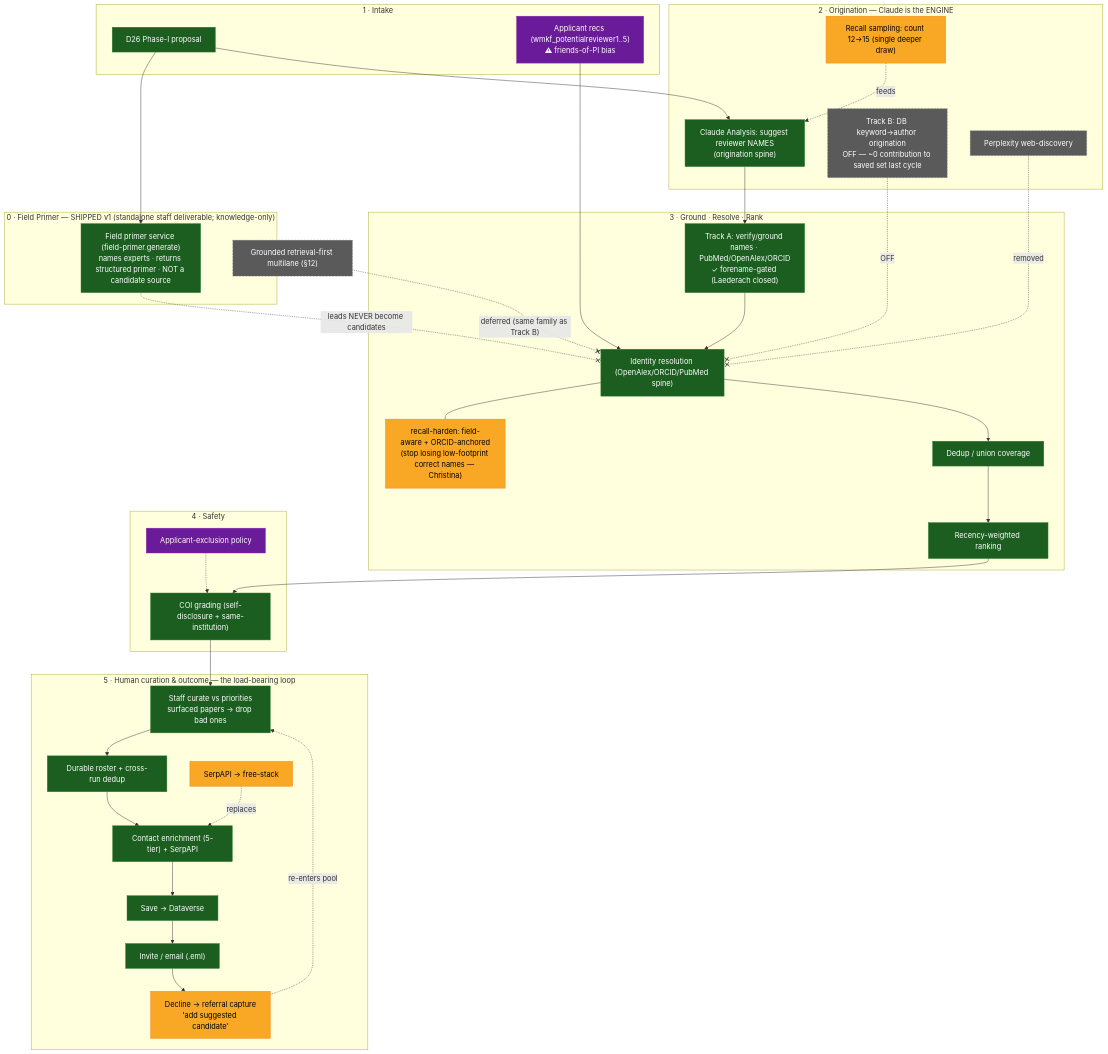
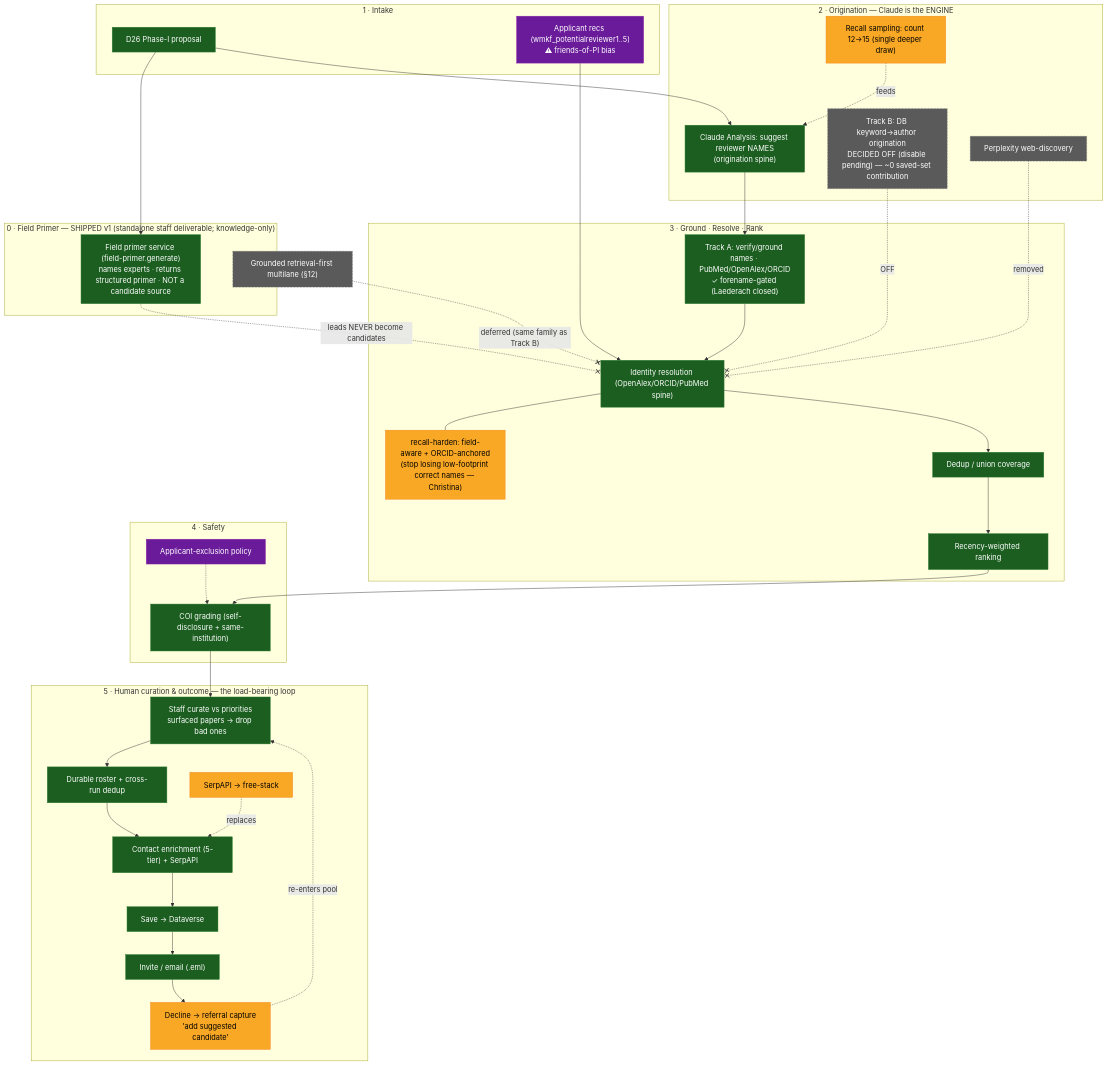
Before and after one commit to justingallivan/wmkf-research-apps: the diagram in docs/REVIEWER_FINDER_D26_PIPELINE_FLOWCHART.md, drawn with Mermaid. The commit also changed other lines of this file and 3 other files, not shown here.

````diff
--- a/docs/REVIEWER_FINDER_D26_PIPELINE_FLOWCHART.md
+++ b/docs/REVIEWER_FINDER_D26_PIPELINE_FLOWCHART.md
@@ -24,70 +24,70 @@
 ```mermaid
 flowchart TD
     subgraph PRIMER["0 · Field Primer — SHIPPED v1 (standalone staff deliverable; knowledge-only)"]
         PR["Field primer service (field-primer.generate)<br/>names experts · returns structured primer · NOT a candidate source"]
     end
 
     subgraph INPUT["1 · Intake"]
         P[D26 Phase-I proposal]
         AppRecs["Applicant recs (wmkf_potentialreviewer1..5)<br/>⚠ friends-of-PI bias"]
     end
 
     subgraph ORIG["2 · Origination — Claude is the ENGINE"]
         CA["Claude Analysis: suggest reviewer NAMES<br/>(origination spine)"]
         RS["Recall sampling: count 12→15 (single deeper draw)"]
-        TB["Track B: DB keyword→author origination<br/>OFF — ~0 contribution to saved set last cycle"]
+        TB["Track B: DB keyword→author origination<br/>DECIDED OFF (disable pending) — ~0 saved-set contribution"]
         WEB["Perplexity web-discovery"]
     end
 
     subgraph GROUND["3 · Ground · Resolve · Rank"]
         TA["Track A: verify/ground names · PubMed/OpenAlex/ORCID<br/>✓ forename-gated (Laederach closed)"]
         ID["Identity resolution (OpenAlex/ORCID/PubMed spine)"]
         IDFIX["recall-harden: field-aware + ORCID-anchored<br/>(stop losing low-footprint correct names — Christina)"]
         DD["Dedup / union coverage"]
         RK["Recency-weighted ranking"]
     end
 
     subgraph GATE["4 · Safety"]
         COI["COI grading (self-disclosure + same-institution)"]
         EXC["Applicant-exclusion policy"]
     end
 
     subgraph HUMAN["5 · Human curation & outcome — the load-bearing loop"]
         CUR["Staff curate vs priorities<br/>surfaced papers → drop bad ones"]
         ROSTER["Durable roster + cross-run dedup"]
         ENR["Contact enrichment (5-tier) + SerpAPI"]
         SERP["SerpAPI → free-stack"]
         SAVE["Save → Dataverse"]
         INVITE["Invite / email (.eml)"]
         REF["Decline → referral capture<br/>'add suggested candidate'"]
     end
 
     GROUNDED["Grounded retrieval-first multilane (§12)"]
 
     P --> PR
     P --> CA
     RS -.feeds.-> CA
     AppRecs --> ID
     CA --> TA --> ID
     TB -. OFF .-x ID
     WEB -. removed .-x ID
     PR -. leads NEVER become candidates .-x ID
     ID --- IDFIX
     ID --> DD --> RK --> COI
     EXC -.-> COI
     COI --> CUR --> ROSTER --> ENR --> SAVE --> INVITE
     SERP -. replaces .-> ENR
     INVITE --> REF
     REF -. re-enters pool .-> CUR
     GROUNDED -. deferred (same family as Track B) .-x ID
 
     classDef exists fill:#1b5e20,stroke:#2e7d32,color:#fff
     classDef build fill:#f9a825,stroke:#f57f17,color:#000
     classDef dead fill:#5a5a5a,stroke:#777,color:#fff,stroke-dasharray:4 3
     classDef open fill:#6a1b9a,stroke:#8e24aa,color:#fff
 
     class P,CA,TA,ID,DD,RK,COI,CUR,ROSTER,ENR,SAVE,INVITE,PR exists
     class RS,IDFIX,SERP,REF build
     class WEB,GROUNDED,TB dead
     class EXC,AppRecs open
 ```
````
